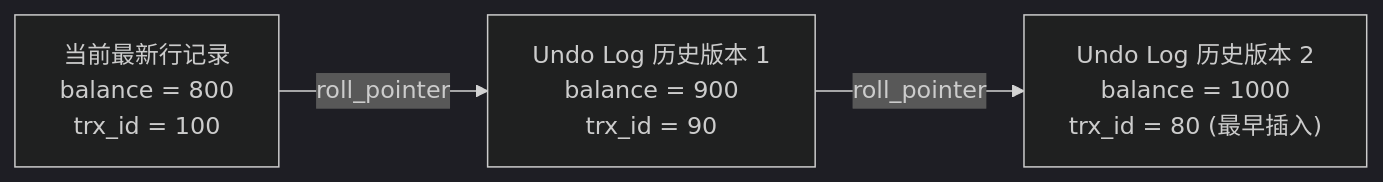
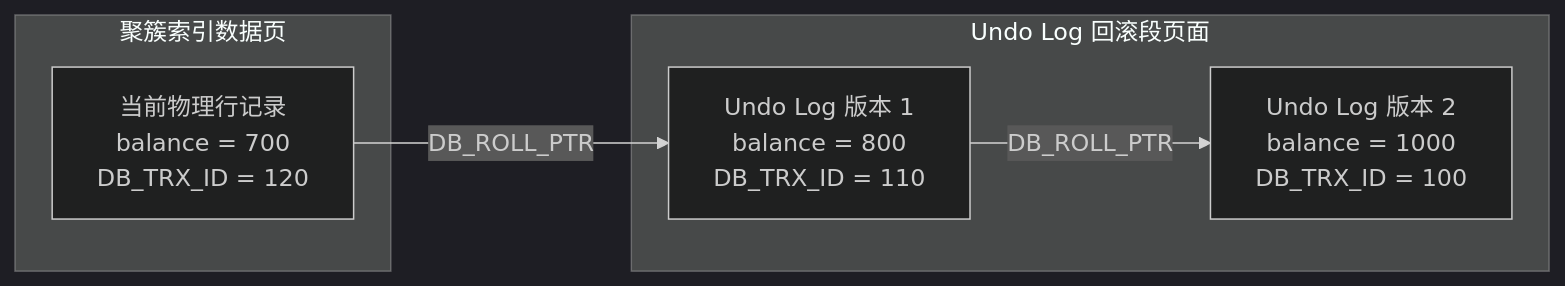
Before and after one commit to GuoWWWX/knowledge-base: the third of 5 diagrams in 20-Java后端/05-数据库与存储/02-事务与隔离级别.md, drawn with Mermaid (dark theme). The commit also changed other lines of this file and 234 other files, not shown here.

````diff
--- a/20-Java后端/05-数据库与存储/02-事务与隔离级别.md
+++ b/20-Java后端/05-数据库与存储/02-事务与隔离级别.md
@@ -108,6 +86,14 @@
 ```mermaid
 flowchart LR
-    Current["当前最新行记录<br/>balance = 800<br/>trx_id = 100"] 
-    -->|"roll_pointer"| V1["Undo Log 历史版本 1<br/>balance = 900<br/>trx_id = 90"]
-    -->|"roll_pointer"| V2["Undo Log 历史版本 2<br/>balance = 1000<br/>trx_id = 80 (最早插入)"]
+    subgraph 聚簇索引数据页
+        Current["当前物理行记录<br/>balance = 700<br/>DB_TRX_ID = 120"]
+    end
+
+    subgraph Undo Log 回滚段页面
+        V1["Undo Log 版本 1<br/>balance = 800<br/>DB_TRX_ID = 110"]
+        V2["Undo Log 版本 2<br/>balance = 1000<br/>DB_TRX_ID = 100"]
+    end
+
+    Current -->|"DB_ROLL_PTR"| V1
+    V1 -->|"DB_ROLL_PTR"| V2
 ```
````
